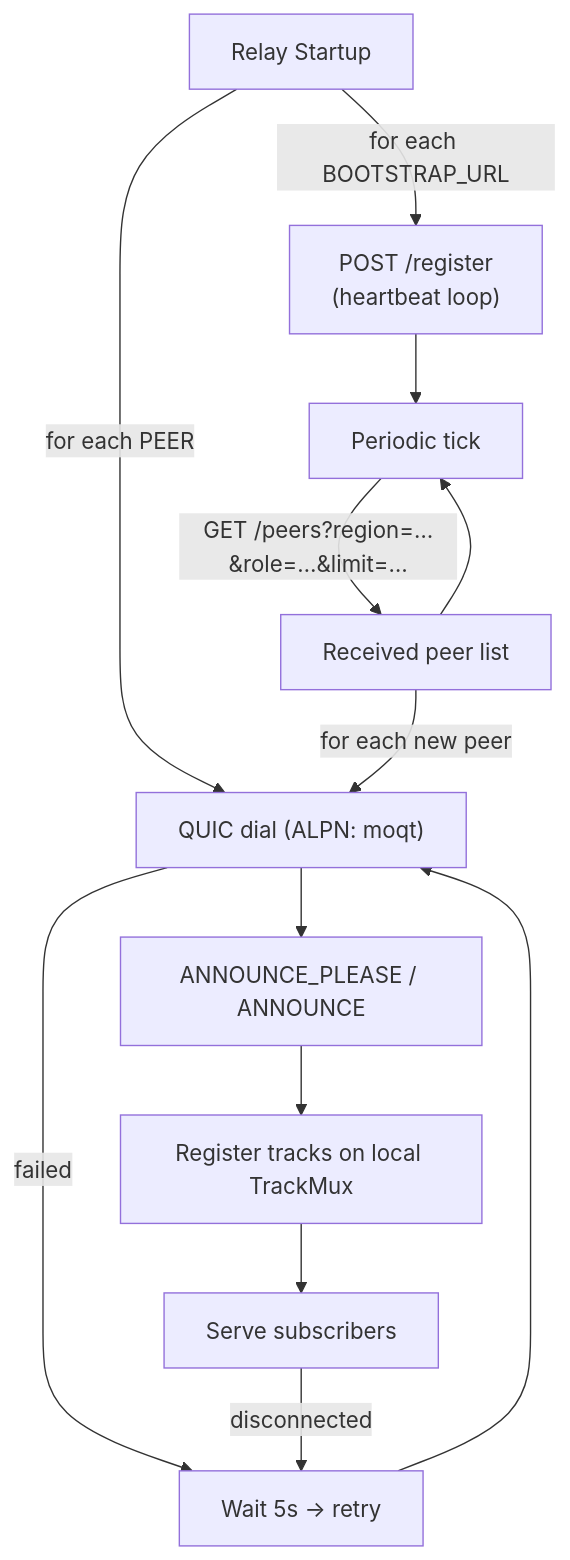
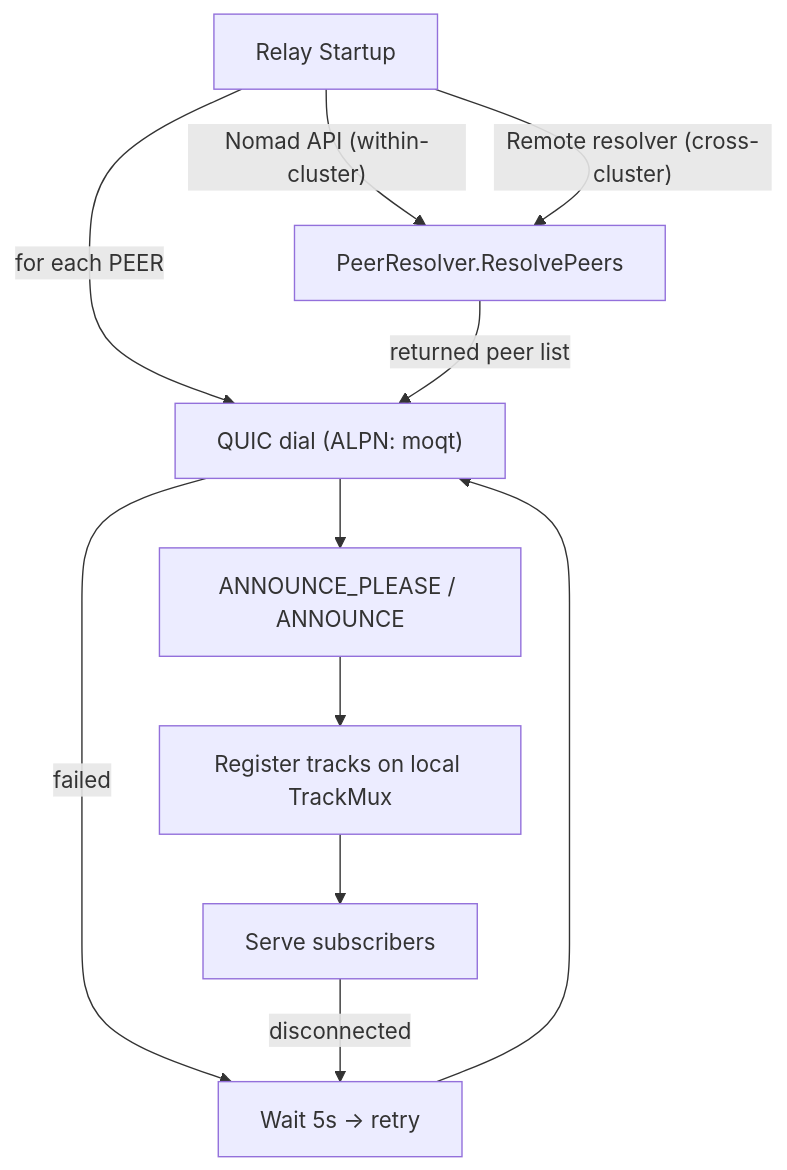
The second of 2 diagrams in README.md (okdaichi/qumo), drawn with Mermaid before and after one commit. The commit also changed other lines of this file and 23 other files, not shown here.

First line of the commit message:
feat: remove bootstrap, add PeerResolver interface with Nomad/Remote resolvers

````diff
--- a/README.md
+++ b/README.md
@@ -97,20 +92,18 @@
 ```mermaid
 graph TD
     Start["Relay Startup"]
 
     Start -->|"for each PEER"| ALPN
-    Start -->|"for each BOOTSTRAP_URL"| Register["POST /register\n(heartbeat loop)"]
+    Start -->|"Nomad API (within-cluster)"| Resolve["PeerResolver.ResolvePeers"]
+    Start -->|"Remote resolver (cross-cluster)"| Resolve
 
-    Register --> Tick["Periodic tick"]
-    Tick -->|"GET /peers?region=…&role=…&limit=…"| FetchPeers["Received peer list"]
-    FetchPeers -->|"for each new peer"| ALPN
-    FetchPeers --> Tick
+    Resolve -->|"returned peer list"| ALPN
 
     ALPN["QUIC dial (ALPN: moqt)"] --> Announce["ANNOUNCE_PLEASE / ANNOUNCE"]
     Announce --> TrackMux["Register tracks on local TrackMux"]
     TrackMux --> Serve["Serve subscribers"]
 
     ALPN -->|"failed"| Retry["Wait 5s → retry"]
     Serve -->|"disconnected"| Retry
     Retry --> ALPN
 ```
````
